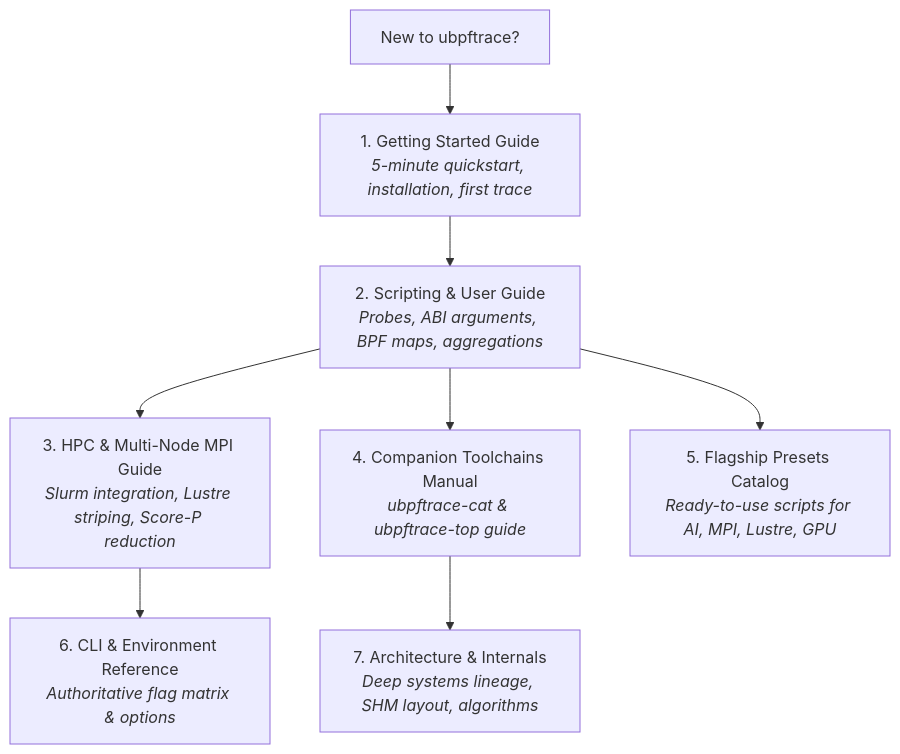
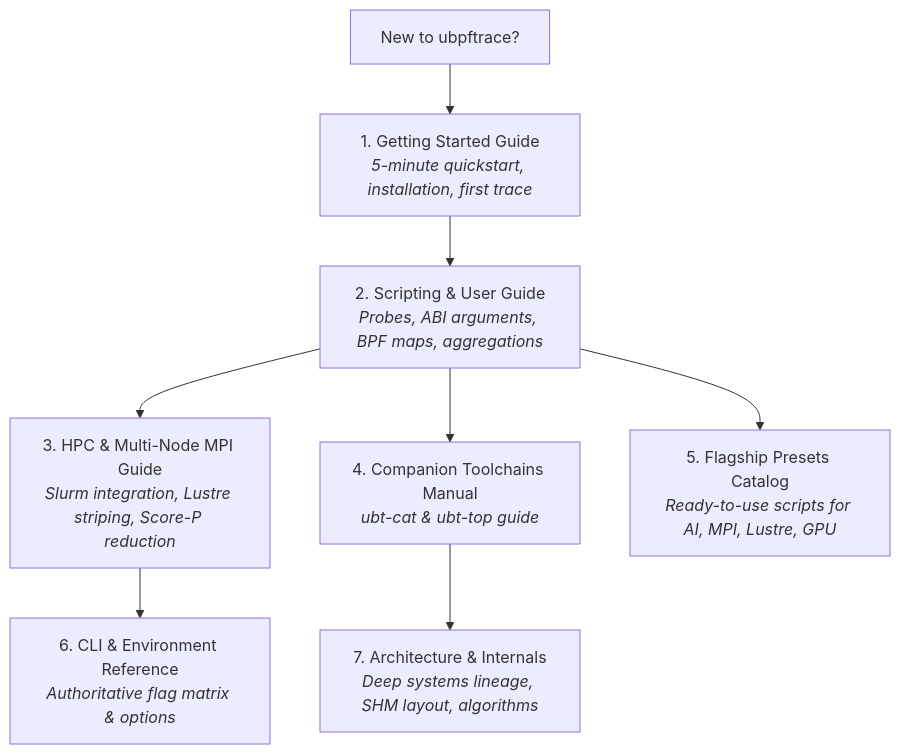
One commit to TaebinChoe/ubpftrace changed the diagram in docs/README.md. Above: the diagram before and after it, drawn with Mermaid. The commit also changed other lines of this file and 65 other files, not shown here.

````diff
--- a/docs/README.md
+++ b/docs/README.md
@@ -9,12 +9,12 @@
 ```mermaid
 flowchart TD
     Start["New to ubpftrace?"] --> GS["1. Getting Started Guide<br><i>5-minute quickstart, installation, first trace</i>"]
     GS --> UG["2. Scripting & User Guide<br><i>Probes, ABI arguments, BPF maps, aggregations</i>"]
     
     UG --> HPC["3. HPC & Multi-Node MPI Guide<br><i>Slurm integration, Lustre striping, Score-P reduction</i>"]
-    UG --> Tools["4. Companion Toolchains Manual<br><i>ubpftrace-cat & ubpftrace-top guide</i>"]
+    UG --> Tools["4. Companion Toolchains Manual<br><i>ubt-cat & ubt-top guide</i>"]
     UG --> Presets["5. Flagship Presets Catalog<br><i>Ready-to-use scripts for AI, MPI, Lustre, GPU</i>"]
     
     HPC --> CLI["6. CLI & Environment Reference<br><i>Authoritative flag matrix & options</i>"]
     Tools --> Arch["7. Architecture & Internals<br><i>Deep systems lineage, SHM layout, algorithms</i>"]
 ```
````
